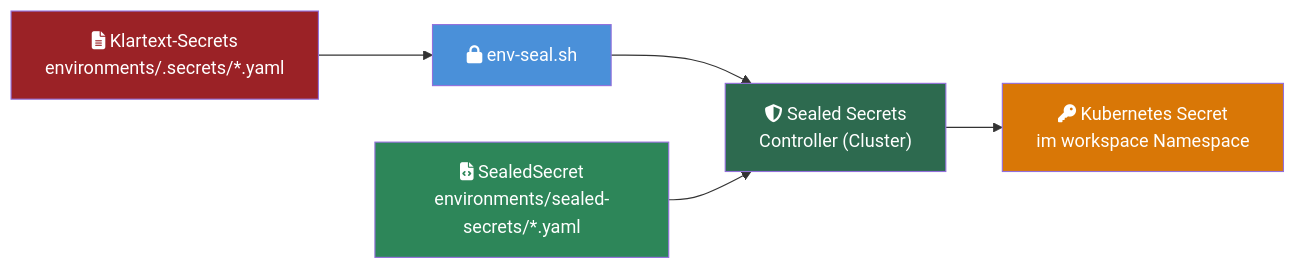
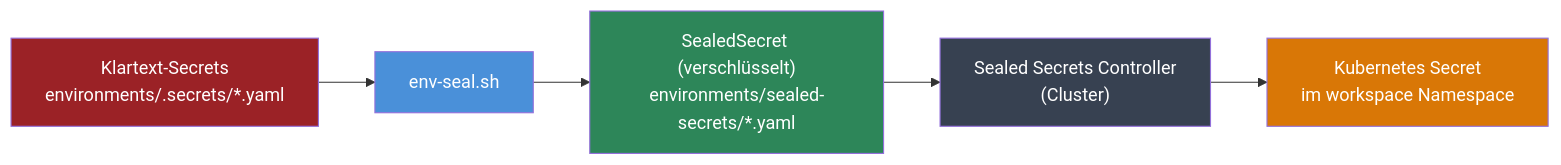
One commit to Paddione/Bachelorprojekt changed the diagram in k3d/docs-content/security.md. Above: the diagram before and after it, drawn with Mermaid. The commit also changed other lines of this file and 3 other files, not shown here.

````diff
--- a/k3d/docs-content/security.md
+++ b/k3d/docs-content/security.md
@@ -127,13 +198,13 @@
 ```mermaid
 flowchart LR
-    PLAIN["fa:fa-file-lines Klartext-Secrets\nenvironments/.secrets/*.yaml"] --> SEAL["fa:fa-lock env-seal.sh"]
-    SEAL --> CONTROLLER["fa:fa-shield-halved Sealed Secrets\nController (Cluster)"]
-    CONTROLLER --> SECRET["fa:fa-key Kubernetes Secret\nim workspace Namespace"]
-    SEALED["fa:fa-file-code SealedSecret\nenvironments/sealed-secrets/*.yaml"] --> CONTROLLER
+    PLAIN["Klartext-Secrets\nenvironments/.secrets/*.yaml"] --> SEAL["env-seal.sh"]
+    SEAL --> SEALED["SealedSecret (verschlüsselt)\nenvironments/sealed-secrets/*.yaml"]
+    SEALED --> CONTROLLER["Sealed Secrets Controller\n(Cluster)"]
+    CONTROLLER --> SECRET["Kubernetes Secret\nim workspace Namespace"]
 
     style PLAIN fill:#9b2226,color:#fff
     style SEAL fill:#4a90d9,color:#fff
-    style CONTROLLER fill:#2d6a4f,color:#fff
+    style SEALED fill:#2d8659,color:#fff
+    style CONTROLLER fill:#374151,color:#fff
     style SECRET fill:#d97706,color:#fff
-    style SEALED fill:#2d8659,color:#fff
 ```
````
